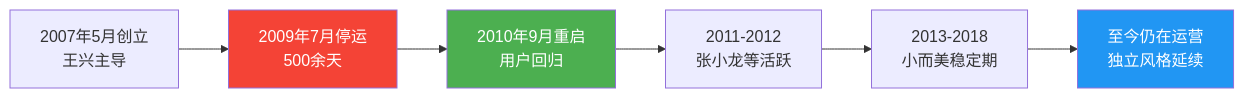
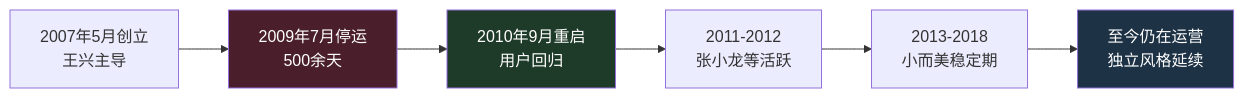
The third of 4 diagrams in content/knowledge/饭否文化与社区.md (qinwenshi/wiki), drawn with Mermaid before and after one commit. The commit also changed other lines of this file and 13 other files, not shown here.

First line of the commit message:
Fix Mermaid theme: Catppuccin dark palette for all diagram types

````diff
--- a/content/knowledge/饭否文化与社区.md
+++ b/content/knowledge/饭否文化与社区.md
@@ -140,12 +140,12 @@
 ```mermaid
 flowchart LR
     A[2007年5月创立<br/>王兴主导] --> B[2009年7月停运<br/>500余天]
     B --> C[2010年9月重启<br/>用户回归]
     C --> D[2011-2012<br/>张小龙等活跃]
     D --> E[2013-2018<br/>小而美稳定期]
     E --> F[至今仍在运营<br/>独立风格延续]
     
-    style B fill:#F44336,color:#fff
-    style C fill:#4CAF50,color:#fff
-    style F fill:#2196F3,color:#fff
+    style B fill:#4a1e2a,color:#fff
+    style C fill:#1e3a28,color:#fff
+    style F fill:#1e3245,color:#fff
 ```
````
